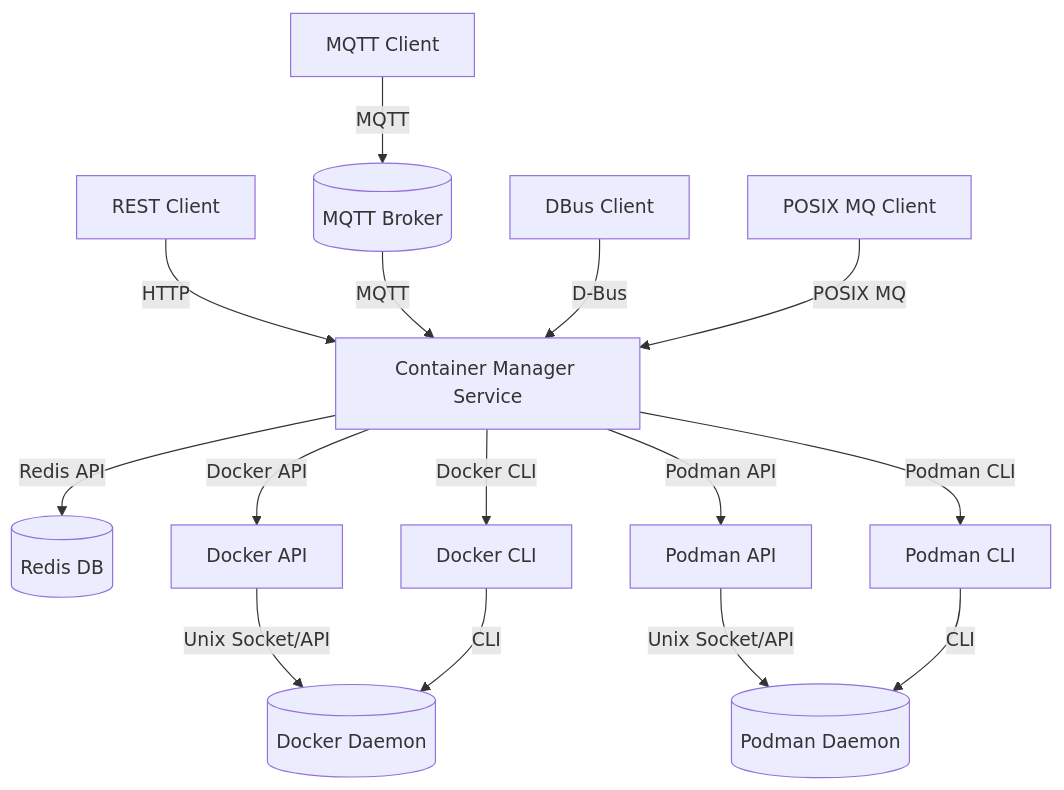
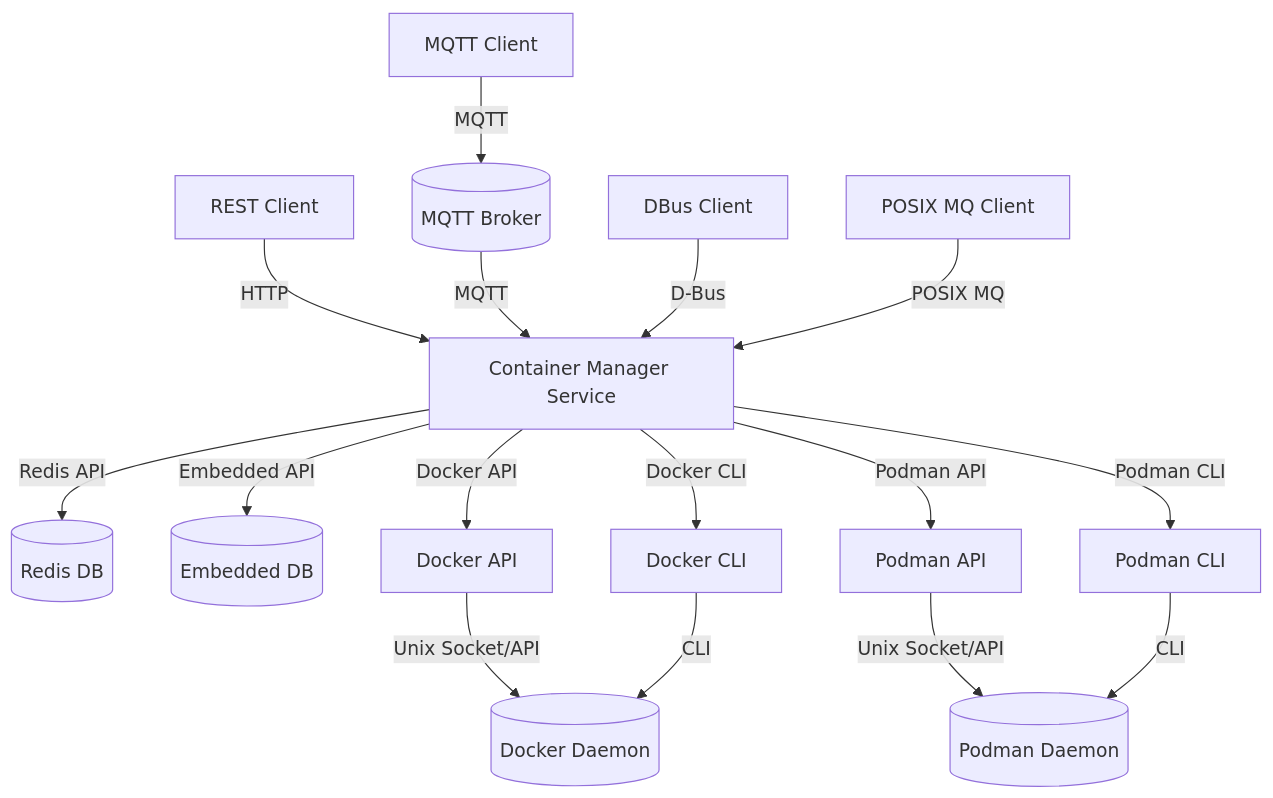
The sixth of 6 diagrams in docs/architecture/architecture_diagram.md (Komal-kalyanraman/container_manager), drawn with Mermaid before and after one commit. The commit also changed other lines of this file and 283 other files, not shown here.

````diff
--- a/docs/architecture/architecture_diagram.md
+++ b/docs/architecture/architecture_diagram.md
@@ -183,34 +196,37 @@
 ```mermaid
 graph TD
     CM[Container Manager Service]
     Redis[(Redis DB)]
+    Embedded[(Embedded DB)]
     Docker[(Docker Daemon)]
     Podman[(Podman Daemon)]
     MQTTB[(MQTT Broker)]
     Client1[REST Client]
     Client2[MQTT Client]
     Client3[DBus Client]
     Client4[POSIX MQ Client]
     DockerAPI[Docker API]
     DockerCLI[Docker CLI]
     PodmanAPI[Podman API]
     PodmanCLI[Podman CLI]
 
     Client1-->|HTTP|CM
     Client2-->|MQTT|MQTTB-->|MQTT|CM
     Client3-->|D-Bus|CM
     Client4-->|POSIX MQ|CM
+
     CM-->|Redis API|Redis
+    CM-->|Embedded API|Embedded
 
     %% Docker connections
     CM-->|Docker API|DockerAPI
     CM-->|Docker CLI|DockerCLI
     DockerAPI-->|Unix Socket/API|Docker
     DockerCLI-->|CLI|Docker
 
     %% Podman connections
     CM-->|Podman API|PodmanAPI
     CM-->|Podman CLI|PodmanCLI
     PodmanAPI-->|Unix Socket/API|Podman
     PodmanCLI-->|CLI|Podman
 ```
````
